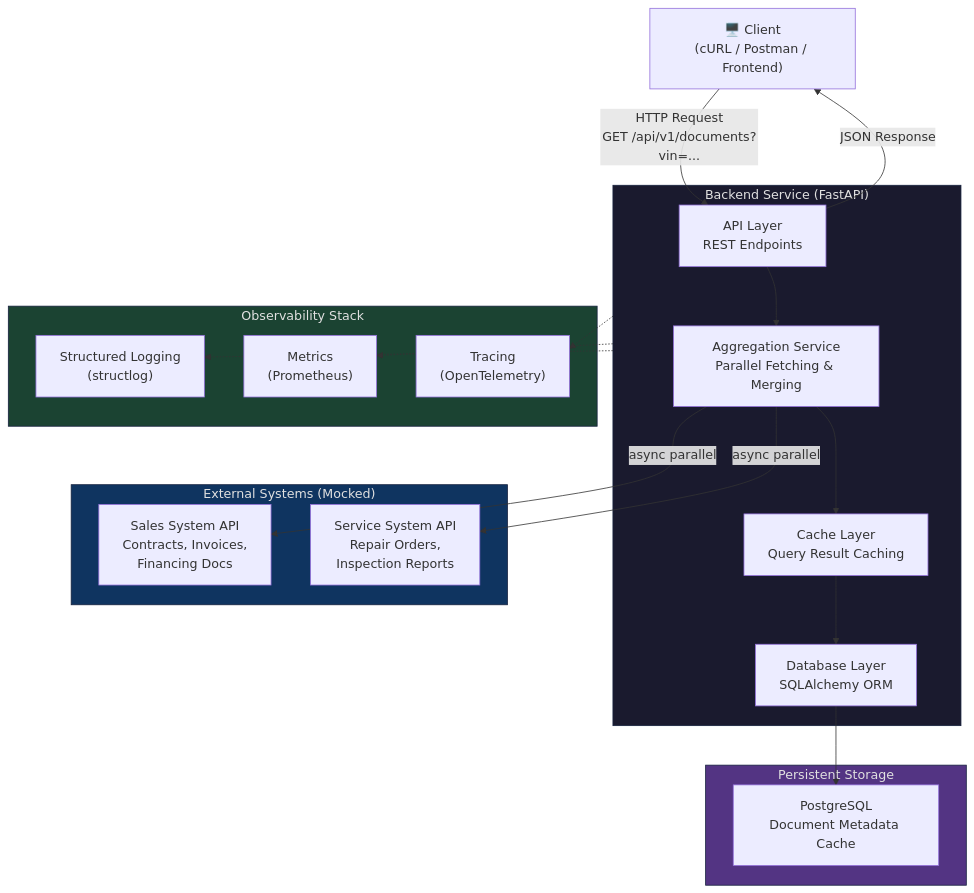
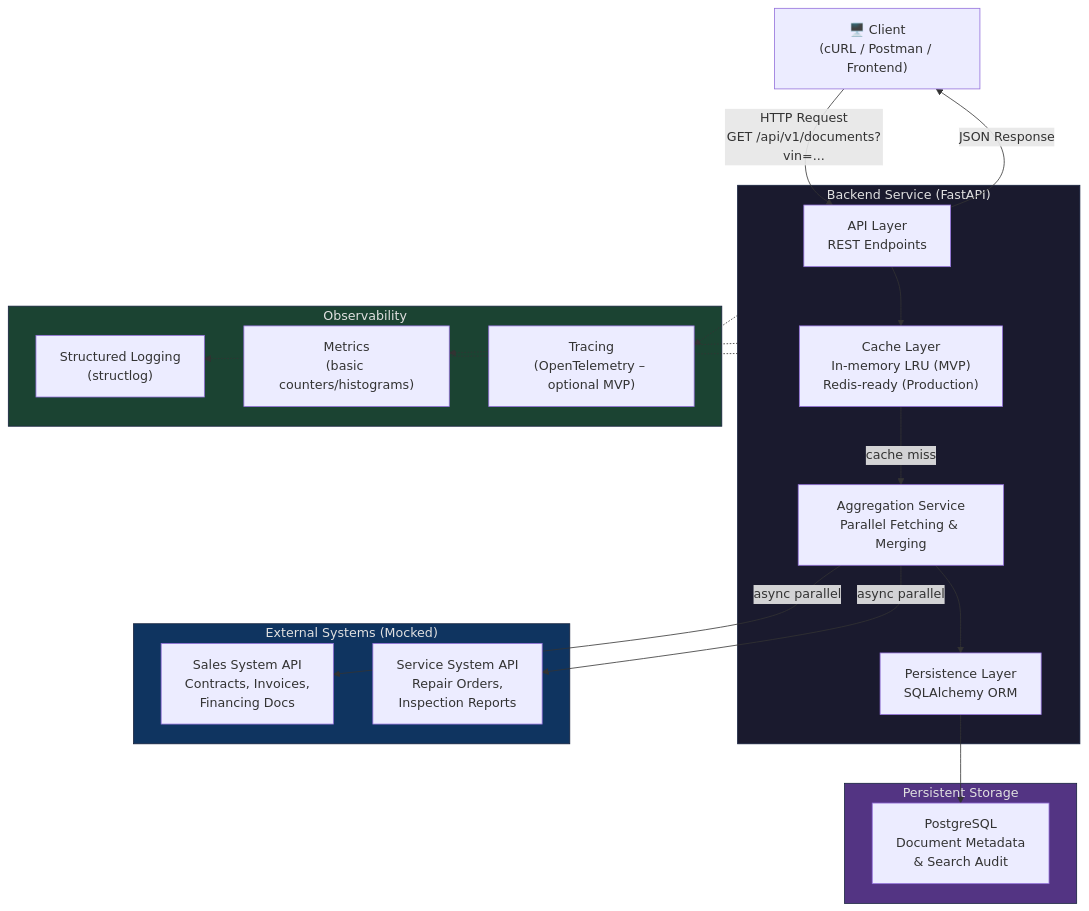
One commit to Hodnduy/unified-document-viewer changed the first of 5 diagrams in docs/SYSTEM_DESIGN.md. Above: the diagram before and after it, drawn with Mermaid. The commit also changed other lines of this file, not shown here.

````diff
--- a/docs/SYSTEM_DESIGN.md
+++ b/docs/SYSTEM_DESIGN.md
@@ -46,44 +46,44 @@
 ```mermaid
 graph TB
     Client["🖥️ Client<br/>(cURL / Postman / Frontend)"]
 
     subgraph Backend["Backend Service (FastAPI)"]
         API["API Layer<br/>REST Endpoints"]
         AGG["Aggregation Service<br/>Parallel Fetching & Merging"]
-        CACHE["Cache Layer<br/>Query Result Caching"]
-        DB["Database Layer<br/>SQLAlchemy ORM"]
+        CACHE["Cache Layer<br/>In-memory LRU (MVP)<br/>Redis-ready (Production)"]
+        DB["Persistence Layer<br/>SQLAlchemy ORM"]
     end
 
     subgraph External["External Systems (Mocked)"]
         SALES["Sales System API<br/>Contracts, Invoices,<br/>Financing Docs"]
         SERVICE["Service System API<br/>Repair Orders,<br/>Inspection Reports"]
     end
 
     subgraph Storage["Persistent Storage"]
-        PG["PostgreSQL<br/>Document Metadata Cache"]
+        PG["PostgreSQL<br/>Document Metadata<br/>& Search Audit"]
     end
 
-    subgraph Observability["Observability Stack"]
+    subgraph Observability["Observability"]
         LOG["Structured Logging<br/>(structlog)"]
-        METRICS["Metrics<br/>(Prometheus)"]
-        TRACE["Tracing<br/>(OpenTelemetry)"]
+        METRICS["Metrics<br/>(basic counters/histograms)"]
+        TRACE["Tracing<br/>(OpenTelemetry – optional MVP)"]
     end
 
     Client -->|"HTTP Request<br/>GET /api/v1/documents?vin=..."| API
-    API --> AGG
+    API --> CACHE
+    CACHE -->|"cache miss"| AGG
     AGG -->|"async parallel"| SALES
     AGG -->|"async parallel"| SERVICE
-    AGG --> CACHE
-    CACHE --> DB
+    AGG --> DB
     DB --> PG
     API -->|"JSON Response"| Client
 
     Backend -.-> LOG
     Backend -.-> METRICS
     Backend -.-> TRACE
 
     style Backend fill:#1a1a2e,stroke:#16213e,color:#e0e0e0
     style External fill:#0f3460,stroke:#16213e,color:#e0e0e0
     style Storage fill:#533483,stroke:#16213e,color:#e0e0e0
     style Observability fill:#1b4332,stroke:#16213e,color:#e0e0e0
 ```
````
